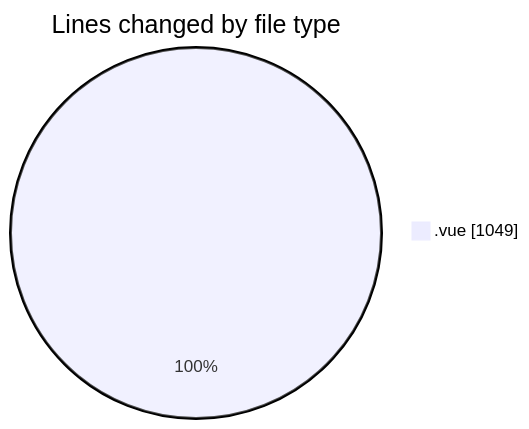
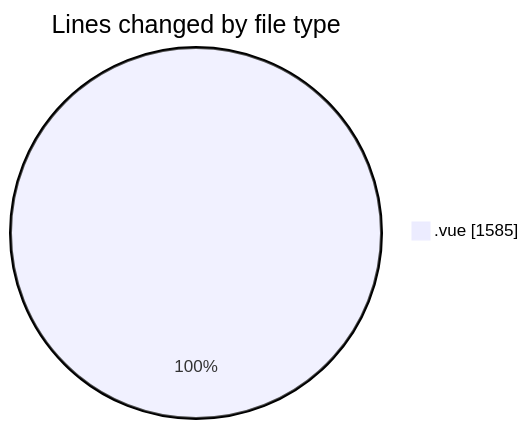
The first of 2 diagrams in 2025-08-14/rentotp/README.md (lephambinh05/code-tracking), drawn with Mermaid before and after one commit. The commit also changed other lines of this file and 1 other file, not shown here.

````diff
--- a/2025-08-14/rentotp/README.md
+++ b/2025-08-14/rentotp/README.md
@@ -20,5 +21,5 @@
 ```mermaid
 pie showData
 title Lines changed by file type
-".vue" : 1049
+".vue" : 1585
 ```
````
